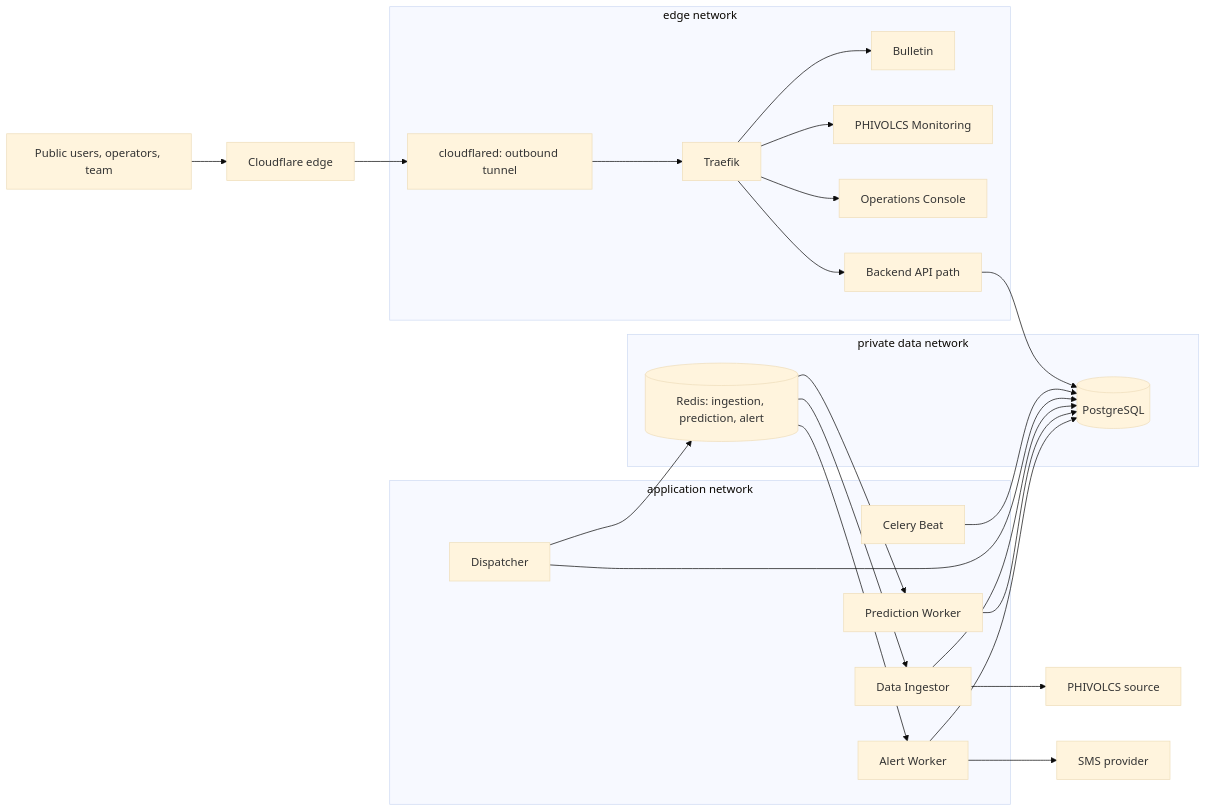
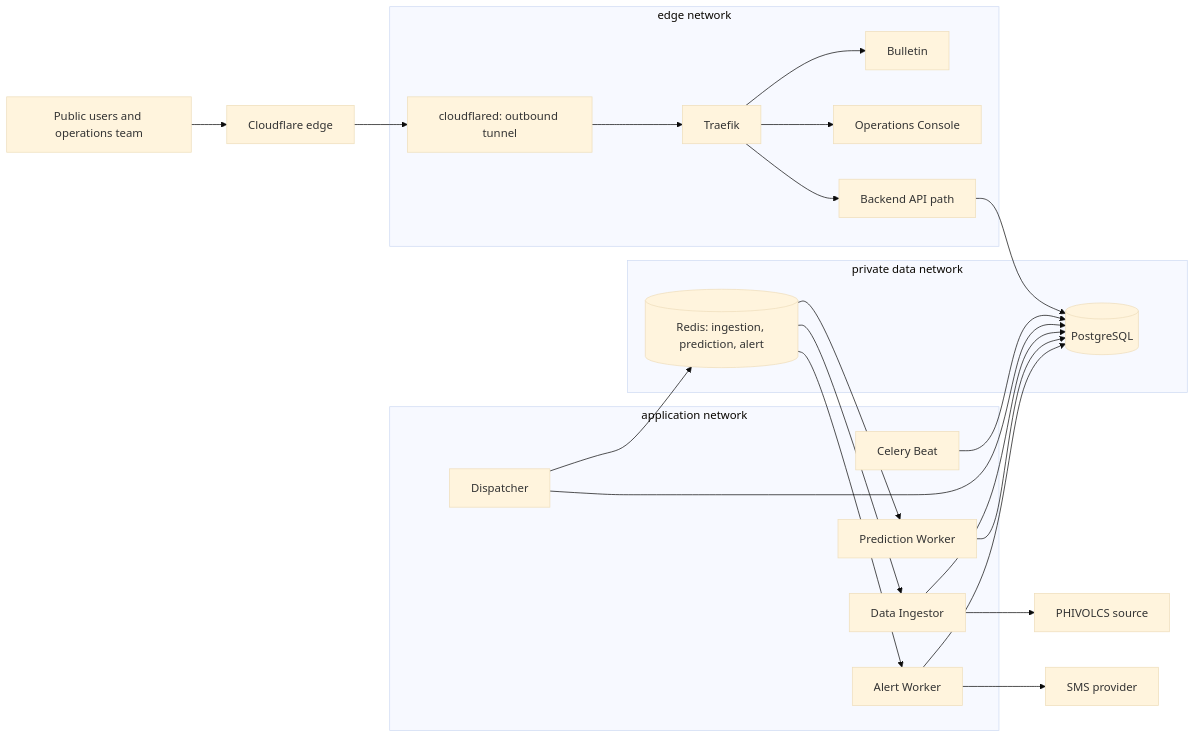
One commit to ochlzo/quakestrikeph changed the diagram in docs/system-design/ARCHITECTURE/ARCHITECTURE.md. Above: the diagram before and after it, drawn with Mermaid (base theme). The commit also changed other lines of this file and 11 other files, not shown here.

First line of the commit message:
Refactor database schema to remove forecast reviews and streamline alert jobs

````diff
--- a/docs/system-design/ARCHITECTURE/ARCHITECTURE.md
+++ b/docs/system-design/ARCHITECTURE/ARCHITECTURE.md
@@ -72,36 +71,35 @@
 ```mermaid
 flowchart LR
-  Public[Public users, operators, team] --> CF[Cloudflare edge]
+  Public[Public users and operations team] --> CF[Cloudflare edge]
   CF --> Tunnel[cloudflared: outbound tunnel]
   subgraph edge[edge network]
     Tunnel --> Proxy[Traefik]
     Proxy --> Bulletin[Bulletin]
-    Proxy --> Monitor[PHIVOLCS Monitoring]
     Proxy --> Ops[Operations Console]
     Proxy --> API[Backend API path]
   end
   subgraph app[application network]
     API
     Beat[Celery Beat]
     Dispatch[Dispatcher]
     Ingest[Data Ingestor]
     Predict[Prediction Worker]
     Alert[Alert Worker]
   end
   subgraph data[private data network]
     PG[(PostgreSQL)]
     Redis[(Redis: ingestion, prediction, alert)]
   end
   API --> PG
   Beat --> PG
   Dispatch --> PG
   Dispatch --> Redis
   Redis --> Ingest
   Redis --> Predict
   Redis --> Alert
   Ingest --> PG
   Predict --> PG
   Alert --> PG
   Ingest --> PH[PHIVOLCS source]
   Alert --> SMS[SMS provider]
 ```
````
